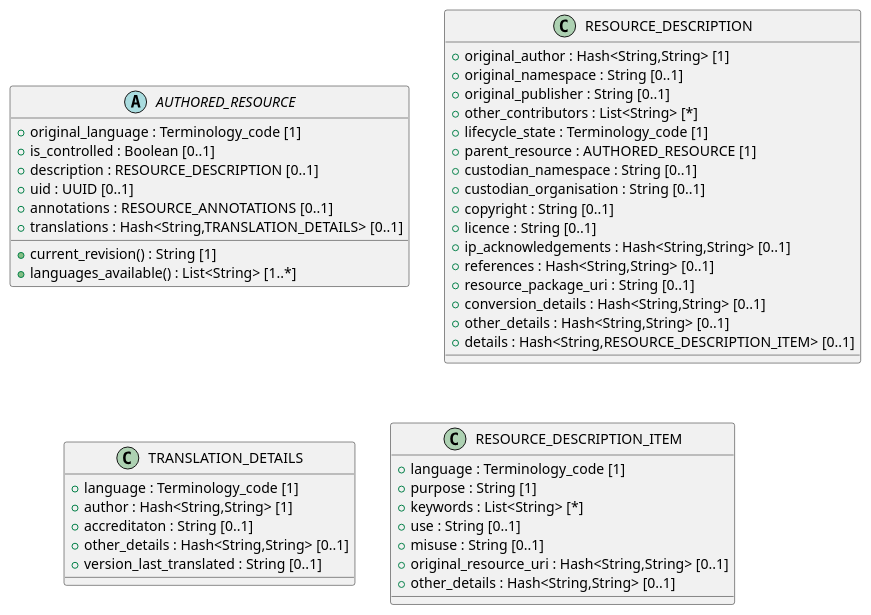
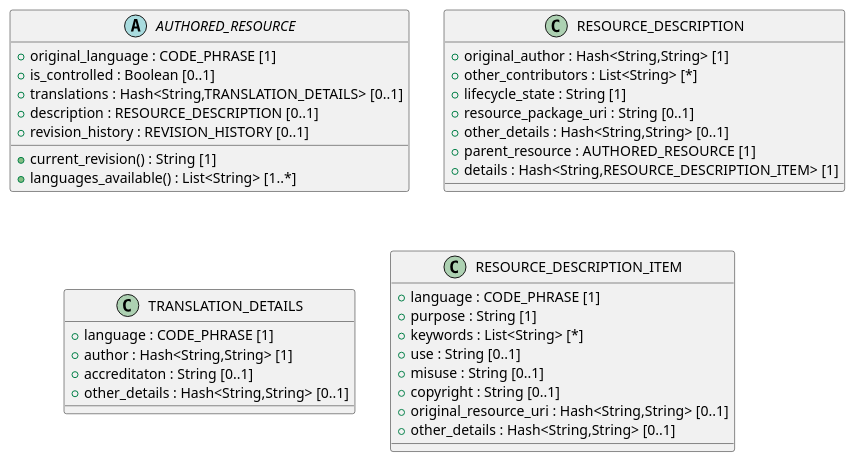
Before and after one commit to sebastian-iancu/code-generator: the diagram in code/Adoc/openehr_rm_1.1.0/plantUML/packages/org.openehr.rm.common.resource.adoc, drawn with PlantUML. The commit also changed 719 other files, not shown here.

```diff
--- a/code/Adoc/openehr_rm_1.1.0/plantUML/packages/org.openehr.rm.common.resource.adoc
+++ b/code/Adoc/openehr_rm_1.1.0/plantUML/packages/org.openehr.rm.common.resource.adoc
@@ -1,55 +1,45 @@
 [plantuml,resource,format=svg,svg-type="inline"]
 -----
 @startuml
 
 abstract class AUTHORED_RESOURCE {
-  + original_language : Terminology_code [1]
+  + original_language : CODE_PHRASE [1]
   + is_controlled : Boolean [0..1]
+  + translations : Hash<String,TRANSLATION_DETAILS> [0..1]
   + description : RESOURCE_DESCRIPTION [0..1]
-  + uid : UUID [0..1]
-  + annotations : RESOURCE_ANNOTATIONS [0..1]
-  + translations : Hash<String,TRANSLATION_DETAILS> [0..1]
+  + revision_history : REVISION_HISTORY [0..1]
   + current_revision() : String [1]
   + languages_available() : List<String> [1..*]
 }
 
 class RESOURCE_DESCRIPTION {
   + original_author : Hash<String,String> [1]
-  + original_namespace : String [0..1]
-  + original_publisher : String [0..1]
   + other_contributors : List<String> [*]
-  + lifecycle_state : Terminology_code [1]
+  + lifecycle_state : String [1]
+  + resource_package_uri : String [0..1]
+  + other_details : Hash<String,String> [0..1]
   + parent_resource : AUTHORED_RESOURCE [1]
-  + custodian_namespace : String [0..1]
-  + custodian_organisation : String [0..1]
-  + copyright : String [0..1]
-  + licence : String [0..1]
-  + ip_acknowledgements : Hash<String,String> [0..1]
-  + references : Hash<String,String> [0..1]
-  + resource_package_uri : String [0..1]
-  + conversion_details : Hash<String,String> [0..1]
-  + other_details : Hash<String,String> [0..1]
-  + details : Hash<String,RESOURCE_DESCRIPTION_ITEM> [0..1]
+  + details : Hash<String,RESOURCE_DESCRIPTION_ITEM> [1]
 }
 
 class TRANSLATION_DETAILS {
-  + language : Terminology_code [1]
+  + language : CODE_PHRASE [1]
   + author : Hash<String,String> [1]
   + accreditaton : String [0..1]
   + other_details : Hash<String,String> [0..1]
-  + version_last_translated : String [0..1]
 }
 
 class RESOURCE_DESCRIPTION_ITEM {
-  + language : Terminology_code [1]
+  + language : CODE_PHRASE [1]
   + purpose : String [1]
   + keywords : List<String> [*]
   + use : String [0..1]
   + misuse : String [0..1]
+  + copyright : String [0..1]
   + original_resource_uri : Hash<String,String> [0..1]
   + other_details : Hash<String,String> [0..1]
 }
 
 
 @enduml
 -----
```
